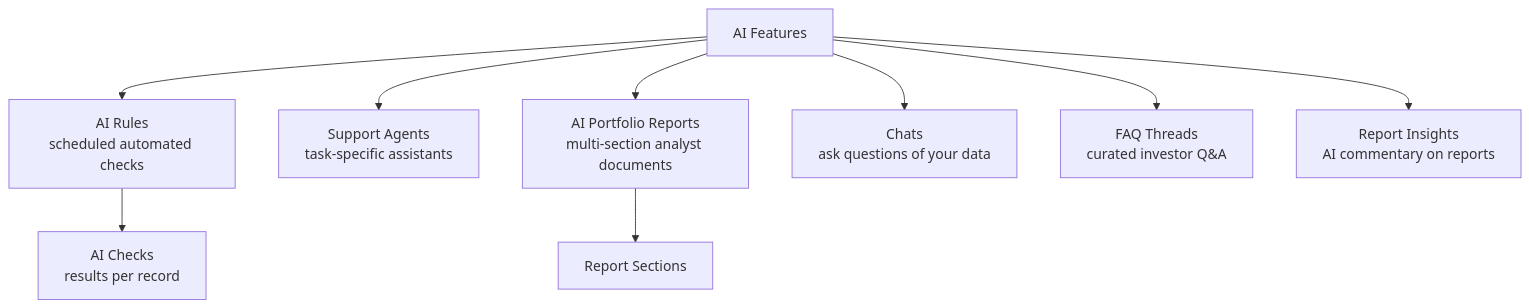
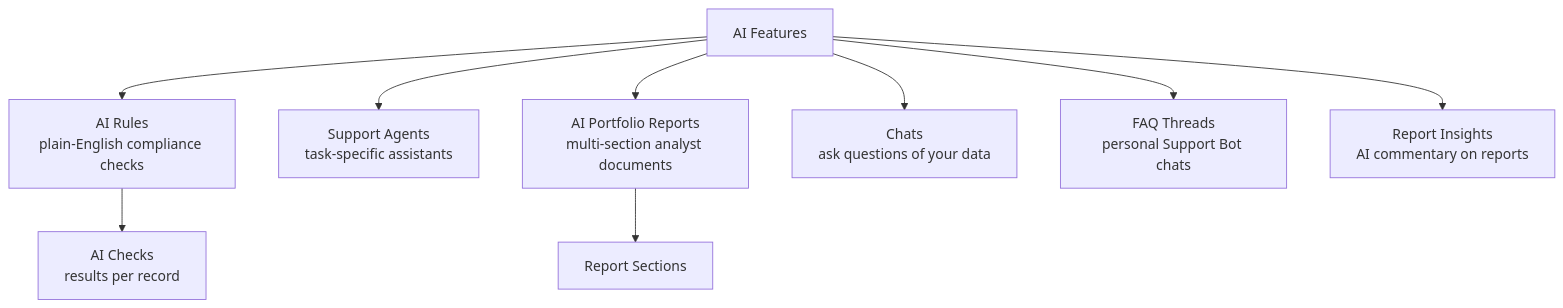
Before and after one commit to sampadadiwan/IRM_CompanyMain: the first of 2 diagrams in docs/user_guides/ai_features_user_guide.md, drawn with Mermaid. The commit also changed other lines of this file and 135 other files, not shown here.

````diff
--- a/docs/user_guides/ai_features_user_guide.md
+++ b/docs/user_guides/ai_features_user_guide.md
@@ -30,11 +32,11 @@
 ```mermaid
 graph TD
-    AI[AI Features] --> Rules[AI Rules<br/>scheduled automated checks]
+    AI[AI Features] --> Rules[AI Rules<br/>plain-English compliance checks]
     AI --> Agents[Support Agents<br/>task-specific assistants]
     AI --> Reports[AI Portfolio Reports<br/>multi-section analyst documents]
     AI --> Chats[Chats<br/>ask questions of your data]
-    AI --> FAQs[FAQ Threads<br/>curated investor Q&A]
+    AI --> FAQs[FAQ Threads<br/>personal Support Bot chats]
     AI --> Insights[Report Insights<br/>AI commentary on reports]
     Rules --> Checks[AI Checks<br/>results per record]
     Reports --> Sections[Report Sections]
 ```
````
